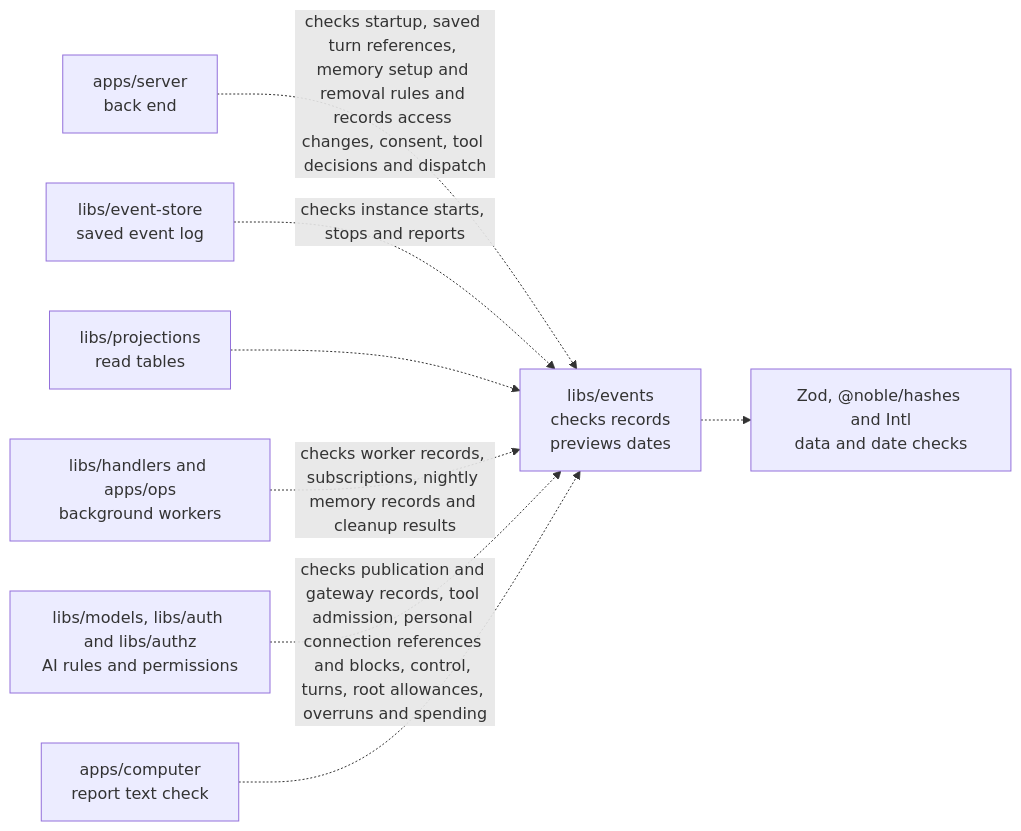
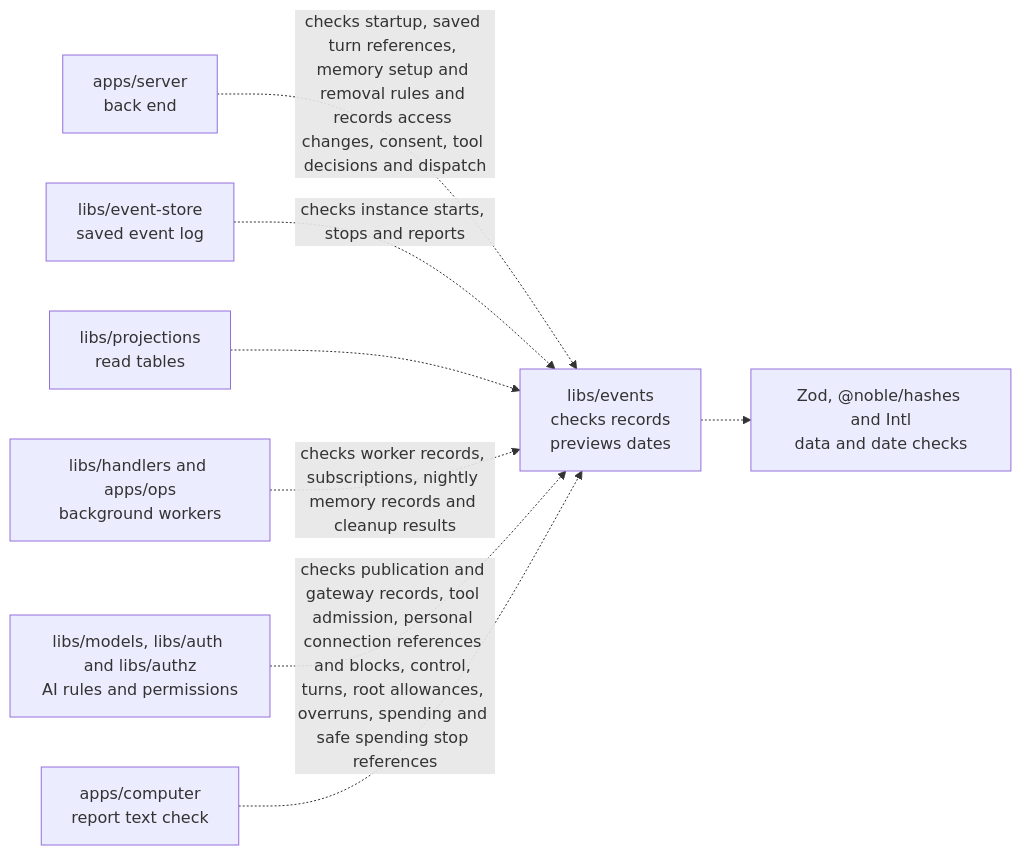
One commit to elewa-git/opencrane-new changed the diagram in libs/events/README.md. Above: the diagram before and after it, drawn with Mermaid. The commit also changed other lines of this file and 22 other files, not shown here.

````diff
--- a/libs/events/README.md
+++ b/libs/events/README.md
@@ -27,10 +27,10 @@
 ```mermaid
 flowchart LR
   server["apps/server<br/>back end"] -.->|checks startup, saved turn references, memory setup and removal rules and records access changes, consent, tool decisions and dispatch| events["libs/events<br/>checks records<br/>previews dates"]
   store["libs/event-store<br/>saved event log"] -.->|checks instance starts, stops and reports| events
   projections["libs/projections<br/>read tables"] -.-> events
   workers["libs/handlers and apps/ops<br/>background workers"] -.->|checks worker records, subscriptions, nightly memory records and cleanup results| events
-  others["libs/models, libs/auth and libs/authz<br/>AI rules and permissions"] -.->|checks publication and gateway records, tool admission, personal connection references and blocks, control, turns, root allowances, overruns and spending| events
+  others["libs/models, libs/auth and libs/authz<br/>AI rules and permissions"] -.->|checks publication and gateway records, tool admission, personal connection references and blocks, control, turns, root allowances, overruns, spending and safe spending stop references| events
   computer["apps/computer<br/>report text check"] -.-> events
   events -.-> checks["Zod, @noble/hashes and Intl<br/>data and date checks"]
 ```
````
